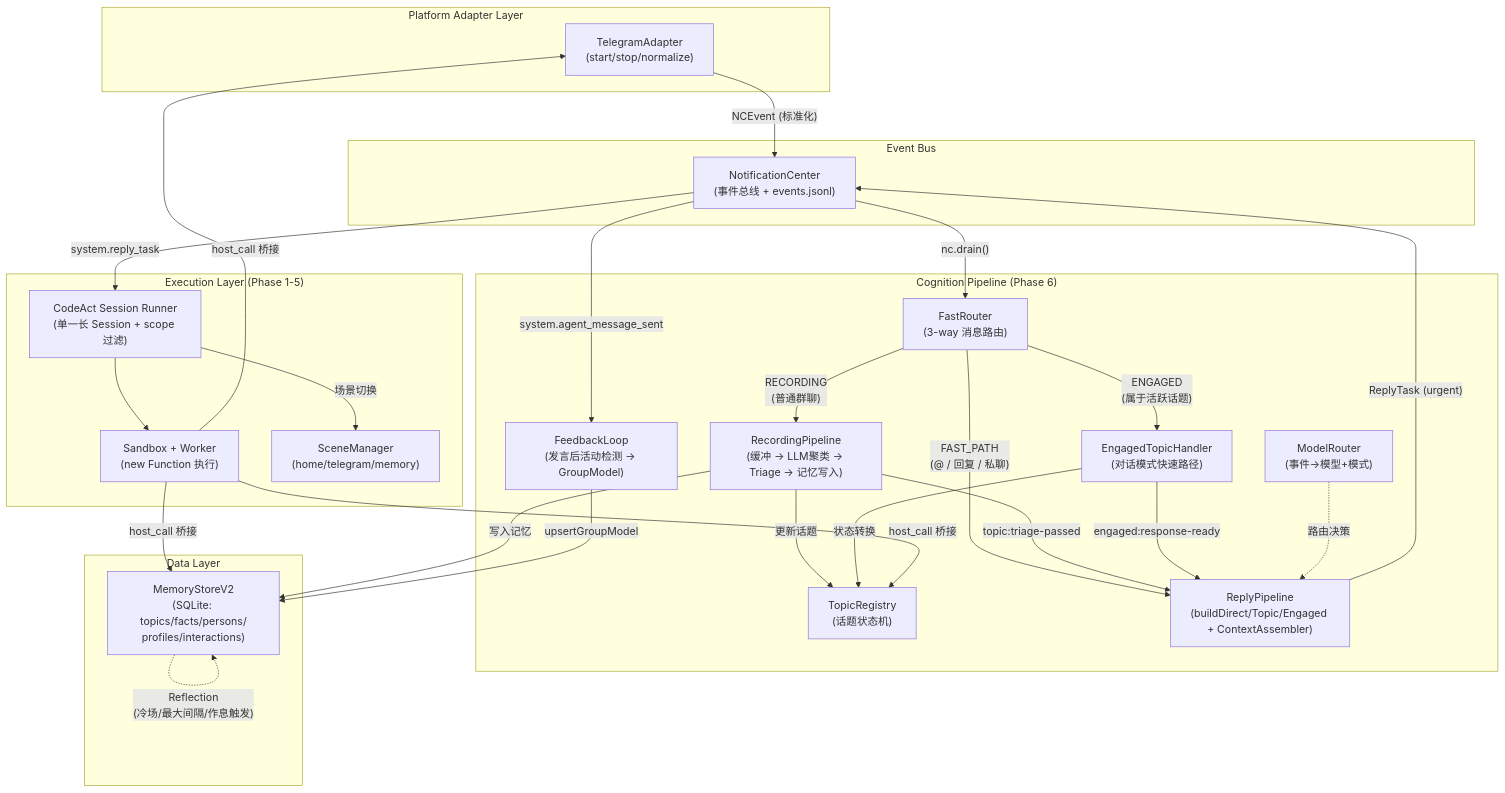
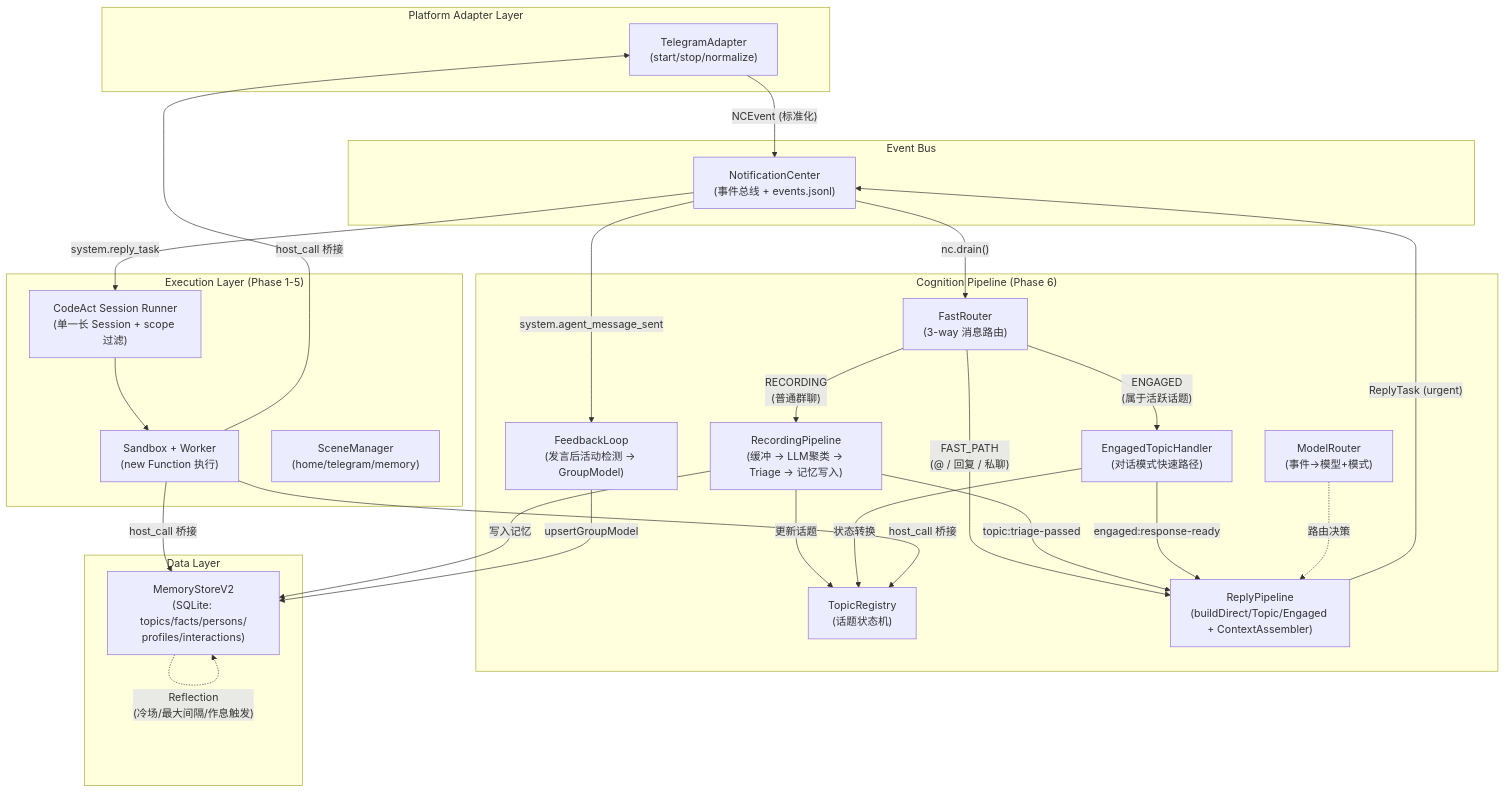
One commit to mitang-tal/CyberGroupmate changed the diagram in Implementation_Plan.md. Above: the diagram before and after it, drawn with Mermaid. The commit also changed other lines of this file and 4 other files, not shown here.

````diff
--- a/Implementation_Plan.md
+++ b/Implementation_Plan.md
@@ -112,69 +112,68 @@
 ```mermaid
 graph TB
     subgraph "Platform Adapter Layer"
         TA["TelegramAdapter<br/>(start/stop/normalize)"]
     end
 
     subgraph "Event Bus"
         NC["NotificationCenter<br/>(事件总线 + events.jsonl)"]
     end
 
     subgraph "Cognition Pipeline (Phase 6)"
         FR["FastRouter<br/>(3-way 消息路由)"]
         RP["RecordingPipeline<br/>(缓冲 → LLM聚类 → Triage → 记忆写入)"]
         EH["EngagedTopicHandler<br/>(对话模式快速路径)"]
         TR["TopicRegistry<br/>(话题状态机)"]
         MR["ModelRouter<br/>(事件→模型+模式)"]
         RPL["ReplyPipeline<br/>(buildDirect/Topic/Engaged + ContextAssembler)"]
         FL["FeedbackLoop<br/>(发言后活动检测 → GroupModel)"]
     end
 
     subgraph "Execution Layer (Phase 1-5)"
         SR["CodeAct Session Runner<br/>(单一长 Session + scope 过滤)"]
         SB["Sandbox + Worker<br/>(new Function 执行)"]
         SM["SceneManager<br/>(home/telegram/memory)"]
     end
 
     subgraph "Data Layer"
         MEM["MemoryStoreV2<br/>(SQLite: topics/facts/persons/<br/>profiles/interactions)"]
     end
 
     %% 事件流入
     TA -- "NCEvent (标准化)" --> NC
     NC -- "nc.drain()" --> FR
 
     %% FastRouter 3-way 路由
     FR -- "FAST_PATH<br/>(@ / 回复 / 私聊)" --> RPL
     FR -- "ENGAGED<br/>(属于活跃话题)" --> EH
     FR -- "RECORDING<br/>(普通群聊)" --> RP
 
     %% Recording Pipeline 产出
     RP -- "topic:triage-passed" --> RPL
     RP -- "更新话题" --> TR
     RP -- "写入记忆" --> MEM
 
     %% Engaged Handler 产出
     EH -- "engaged:response-ready" --> RPL
     EH -- "状态转换" --> TR
 
     %% ReplyPipeline → ReplyTask → NC → Session
     RPL -- "ReplyTask (urgent)" --> NC
     NC -- "system.reply_task" --> SR
 
     %% CodeAct Session 执行
     SR --> SB
     SB -- "host_call 桥接" --> MEM
     SB -- "host_call 桥接" --> TA
     SB -- "host_call 桥接" --> TR
-    SR -- "场景切换" --> SM
 
     %% Feedback Loop
     NC -- "system.agent_message_sent" --> FL
     FL -- "upsertGroupModel" --> MEM
 
     %% Reflection (定时器触发)
     MEM -. "Reflection<br/>(冷场/最大间隔/作息触发)" .-> MEM
 
     %% Model Router 供 ReplyPipeline 使用
     MR -. "路由决策" .-> RPL
 ```
````
